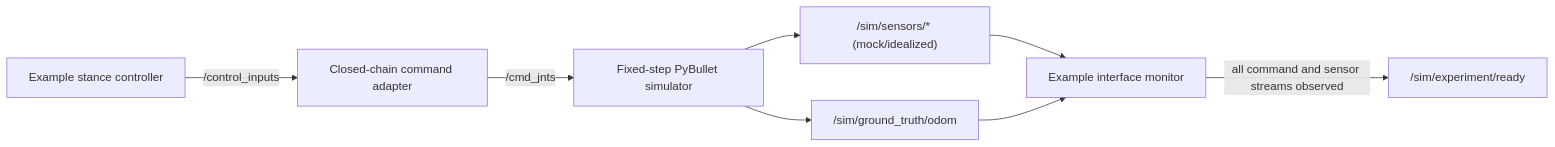
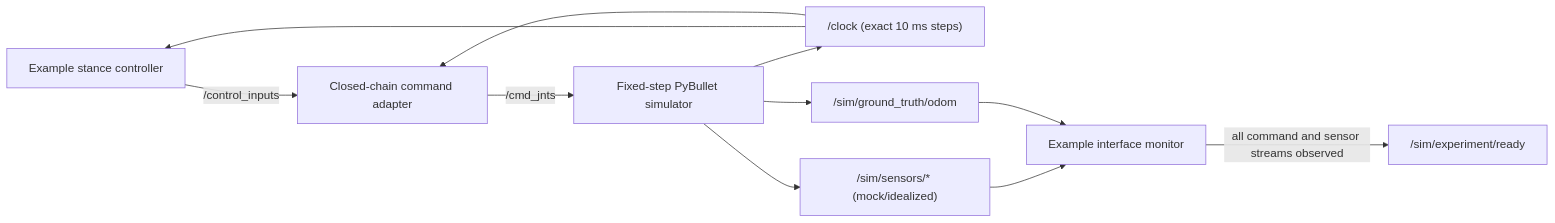
The diagram in README.md (MostafaH04/robot-dog), drawn with Mermaid before and after one commit. The commit also changed other lines of this file and 11 other files, not shown here.

````diff
--- a/README.md
+++ b/README.md
@@ -97,10 +97,13 @@
 ```mermaid
 flowchart LR
     example["Example stance controller"] -->|/control_inputs| adapter["Closed-chain command adapter"]
     adapter -->|/cmd_jnts| sim["Fixed-step PyBullet simulator"]
+    sim --> clock["/clock (exact 10 ms steps)"]
+    clock --> example
+    clock --> adapter
     sim --> sensors["/sim/sensors/* (mock/idealized)"]
     sim --> truth["/sim/ground_truth/odom"]
     sensors --> monitor["Example interface monitor"]
     truth --> monitor
     monitor -->|all command and sensor streams observed| ready["/sim/experiment/ready"]
 ```
````
